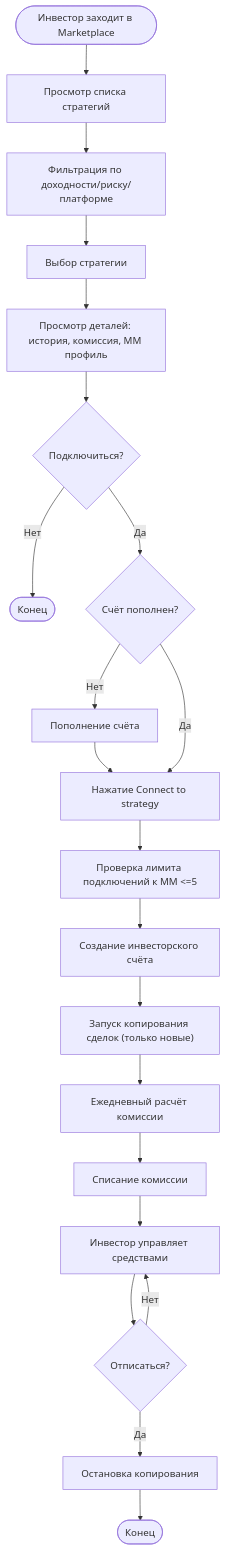
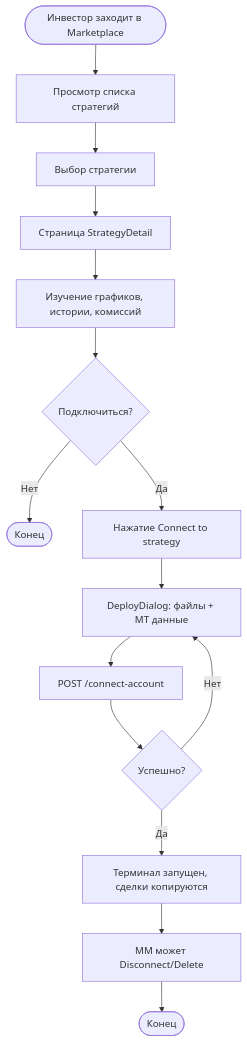
The third of 11 diagrams in TRM_SRS.md (MatveiV/TradingRobotMarketplace), drawn with Mermaid before and after one commit. The commit also changed other lines of this file and 109 other files, not shown here.

````diff
--- a/TRM_SRS.md
+++ b/TRM_SRS.md
@@ -298,23 +286,17 @@
 ```mermaid
 flowchart TD
     START([Инвестор заходит в Marketplace]) --> A[Просмотр списка стратегий]
-    A --> B[Фильтрация по доходности/риску/платформе]
-    B --> C[Выбор стратегии]
-    C --> D[Просмотр деталей: история, комиссия, MM профиль]
+    A --> B[Выбор стратегии]
+    B --> C[Страница StrategyDetail]
+    C --> D[Изучение графиков, истории, комиссий]
     D --> E{Подключиться?}
     E -->|Нет| END1([Конец])
-    E -->|Да| F{Счёт пополнен?}
-    F -->|Нет| G[Пополнение счёта]
-    G --> H
-    F -->|Да| H[Нажатие Connect to strategy]
-    H --> I[Проверка лимита подключений к MM <=5]
-    I --> J[Создание инвесторского счёта]
-    J --> K["Запуск копирования сделок (только новые)"]
-    K --> L[Ежедневный расчёт комиссии]
-    L --> M[Списание комиссии]
-    M --> N[Инвестор управляет средствами]
-    N --> O{Отписаться?}
-    O -->|Да| P[Остановка копирования]
-    P --> END2([Конец])
-    O -->|Нет| N
+    E -->|Да| F[Нажатие Connect to strategy]
+    F --> G[DeployDialog: файлы + MT данные]
+    G --> H[POST /connect-account]
+    H --> I{Успешно?}
+    I -->|Нет| G
+    I -->|Да| J[Терминал запущен, сделки копируются]
+    J --> K[MM может Disconnect/Delete]
+    K --> END2([Конец])
 ```
````
